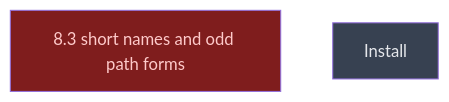
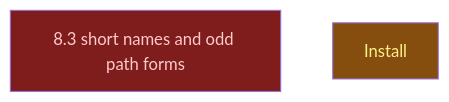
The diagram in __roadmap__/windows_install/next/next/README.md (CrackingShells/Murmuration), drawn with Mermaid before and after one commit. The commit also changed other lines of this file and 8 other files, not shown here.

````diff
--- a/__roadmap__/windows_install/next/next/README.md
+++ b/__roadmap__/windows_install/next/next/README.md
@@ -16,10 +16,10 @@
 ```mermaid
 graph TD
     path_gaps[8.3 short names and odd path forms]:::blocked
-    next[Install]:::planned
+    next[Install]:::inprogress
     classDef done       fill:#166534,color:#bbf7d0
     classDef inprogress fill:#854d0e,color:#fef08a
     classDef planned    fill:#374151,color:#e5e7eb
     classDef amendment  fill:#1e3a5f,color:#bfdbfe
     classDef blocked    fill:#7f1d1d,color:#fecaca
 ```
````
